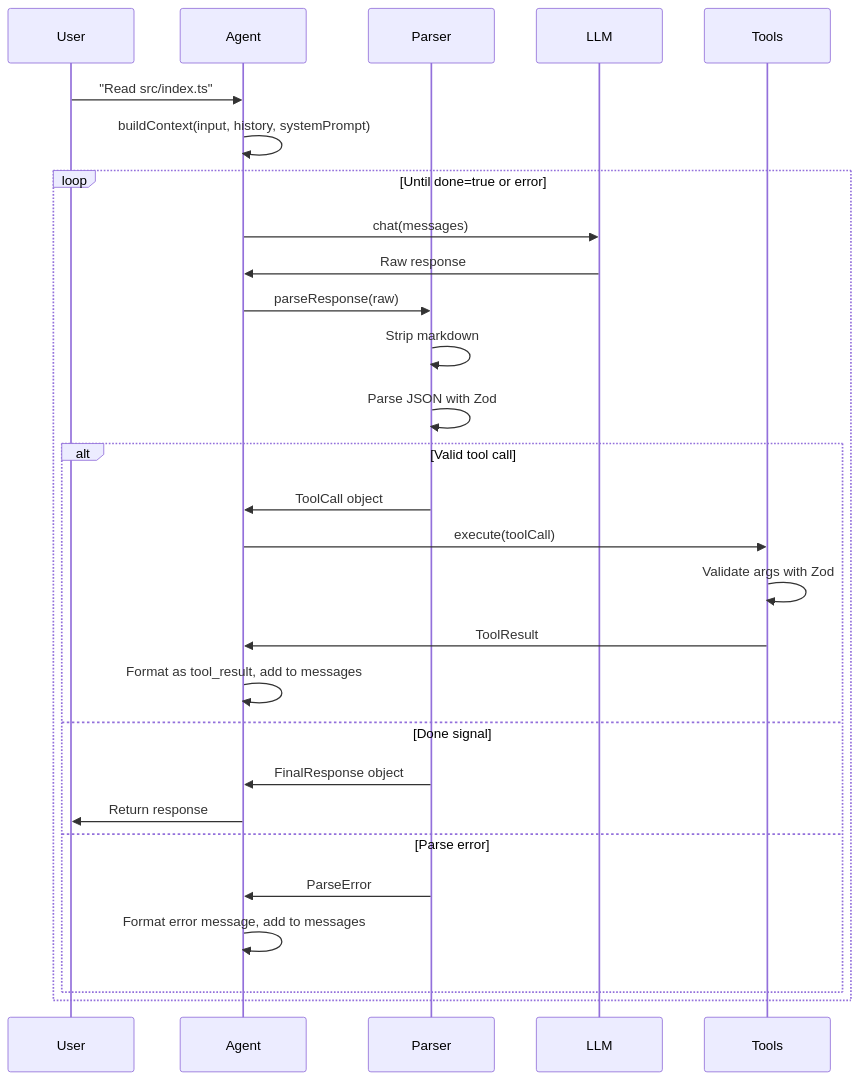
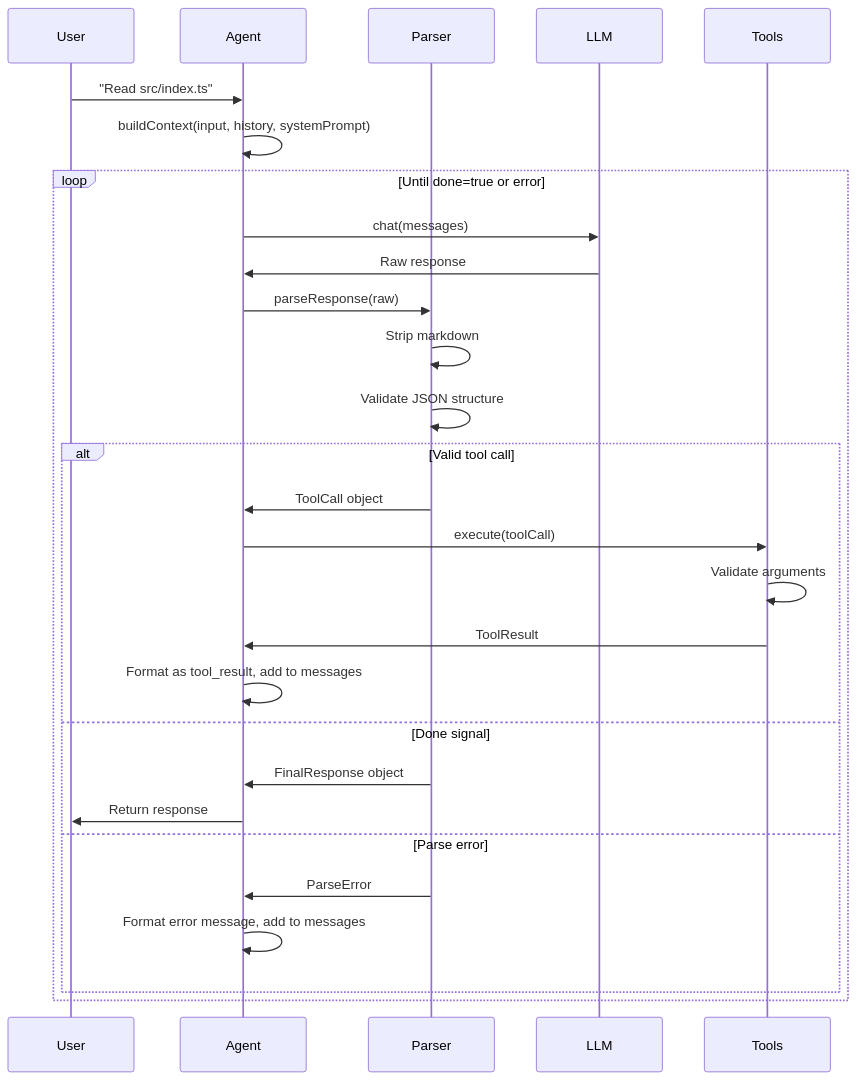
The diagram in docs/technical-design.md (vanister/multi-agent), drawn with Mermaid before and after one commit. The commit also changed other lines of this file, not shown here.

````diff
--- a/docs/technical-design.md
+++ b/docs/technical-design.md
@@ -400,33 +330,33 @@
 ```mermaid
 sequenceDiagram
     participant User
     participant Agent
     participant Parser
     participant LLM
     participant Tools
 
     User->>Agent: "Read src/index.ts"
     Agent->>Agent: buildContext(input, history, systemPrompt)
 
     loop Until done=true or error
         Agent->>LLM: chat(messages)
         LLM->>Agent: Raw response
         Agent->>Parser: parseResponse(raw)
         Parser->>Parser: Strip markdown
-        Parser->>Parser: Parse JSON with Zod
+        Parser->>Parser: Validate JSON structure
 
         alt Valid tool call
             Parser->>Agent: ToolCall object
             Agent->>Tools: execute(toolCall)
-            Tools->>Tools: Validate args with Zod
+            Tools->>Tools: Validate arguments
             Tools->>Agent: ToolResult
             Agent->>Agent: Format as tool_result, add to messages
         else Done signal
             Parser->>Agent: FinalResponse object
             Agent->>User: Return response
         else Parse error
             Parser->>Agent: ParseError
             Agent->>Agent: Format error message, add to messages
         end
     end
 ```
````
